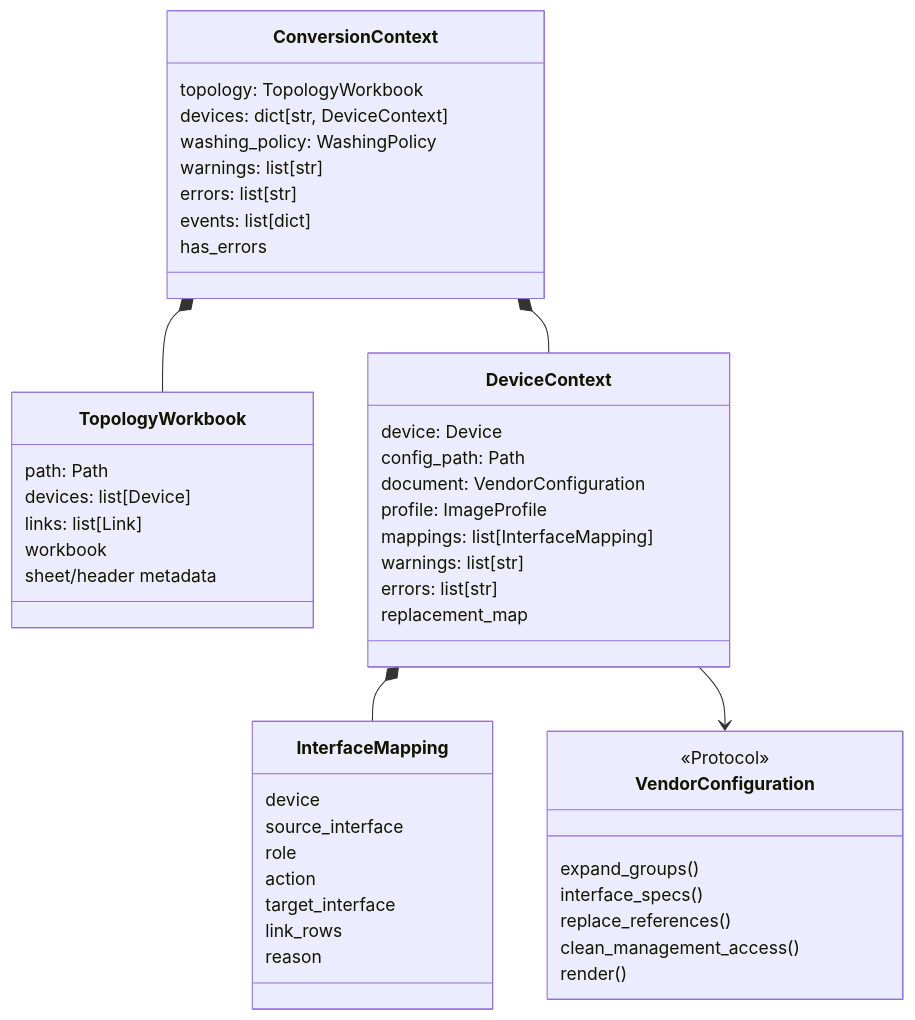
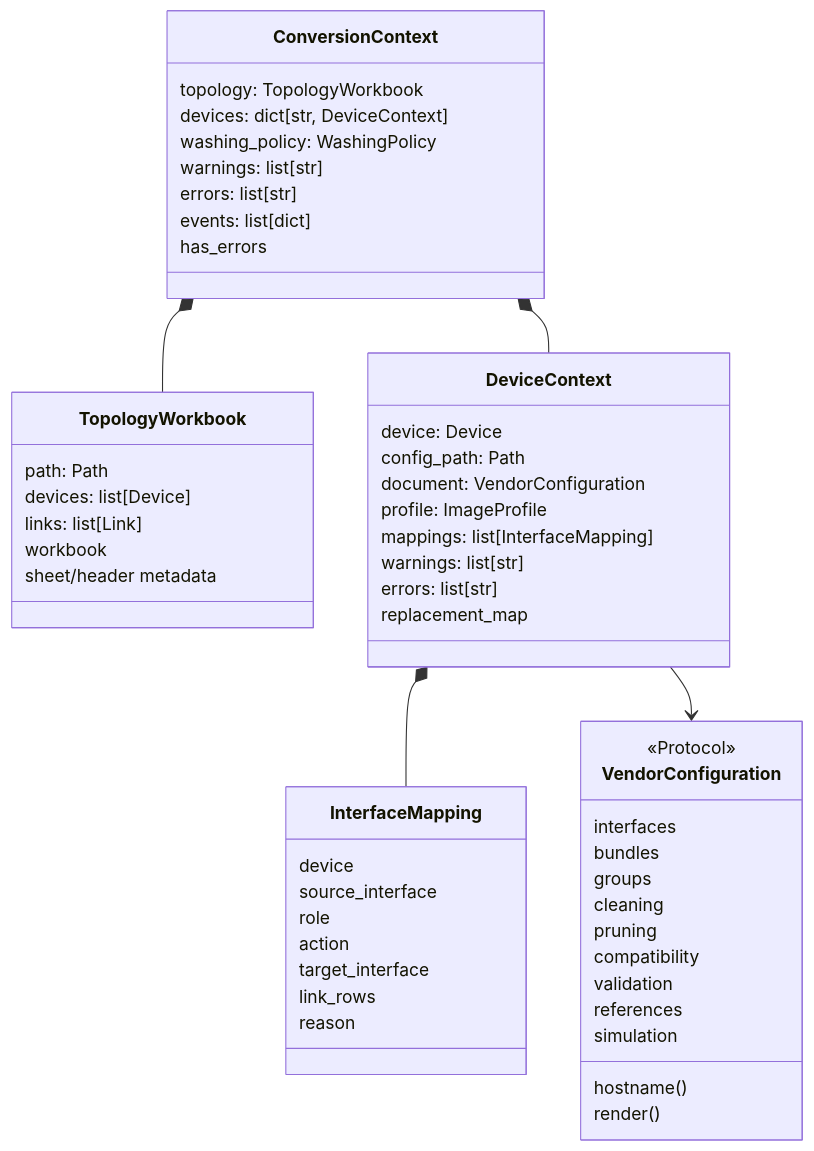
The sixth of 9 diagrams in docs/onboarding-guide.md (xiaobaozi01/config-mapping), drawn with Mermaid before and after one commit. The commit also changed other lines of this file and 89 other files, not shown here.

````diff
--- a/docs/onboarding-guide.md
+++ b/docs/onboarding-guide.md
@@ -330,55 +330,61 @@
 ```mermaid
 classDiagram
     class ConversionContext {
         topology: TopologyWorkbook
         devices: dict[str, DeviceContext]
         washing_policy: WashingPolicy
         warnings: list[str]
         errors: list[str]
         events: list[dict]
         has_errors
     }
 
     class TopologyWorkbook {
         path: Path
         devices: list[Device]
         links: list[Link]
         workbook
         sheet/header metadata
     }
 
     class DeviceContext {
         device: Device
         config_path: Path
         document: VendorConfiguration
         profile: ImageProfile
         mappings: list[InterfaceMapping]
         warnings: list[str]
         errors: list[str]
         replacement_map
     }
 
     class InterfaceMapping {
         device
         source_interface
         role
         action
         target_interface
         link_rows
         reason
     }
 
     class VendorConfiguration {
         <<Protocol>>
-        expand_groups()
-        interface_specs()
-        replace_references()
-        clean_management_access()
+        interfaces
+        bundles
+        groups
+        cleaning
+        pruning
+        compatibility
+        validation
+        references
+        simulation
+        hostname()
         render()
     }
 
     ConversionContext *-- TopologyWorkbook
     ConversionContext *-- DeviceContext
     DeviceContext *-- InterfaceMapping
     DeviceContext --> VendorConfiguration
 ```
````
